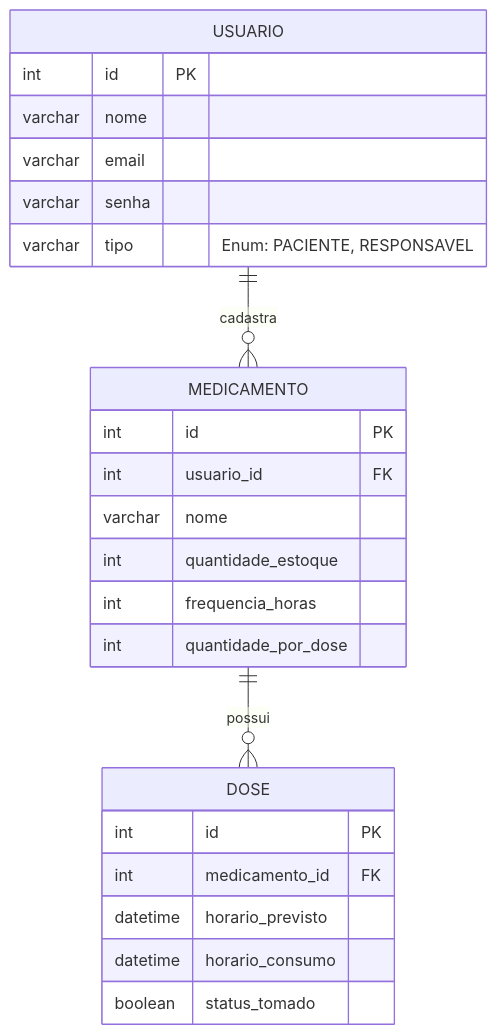
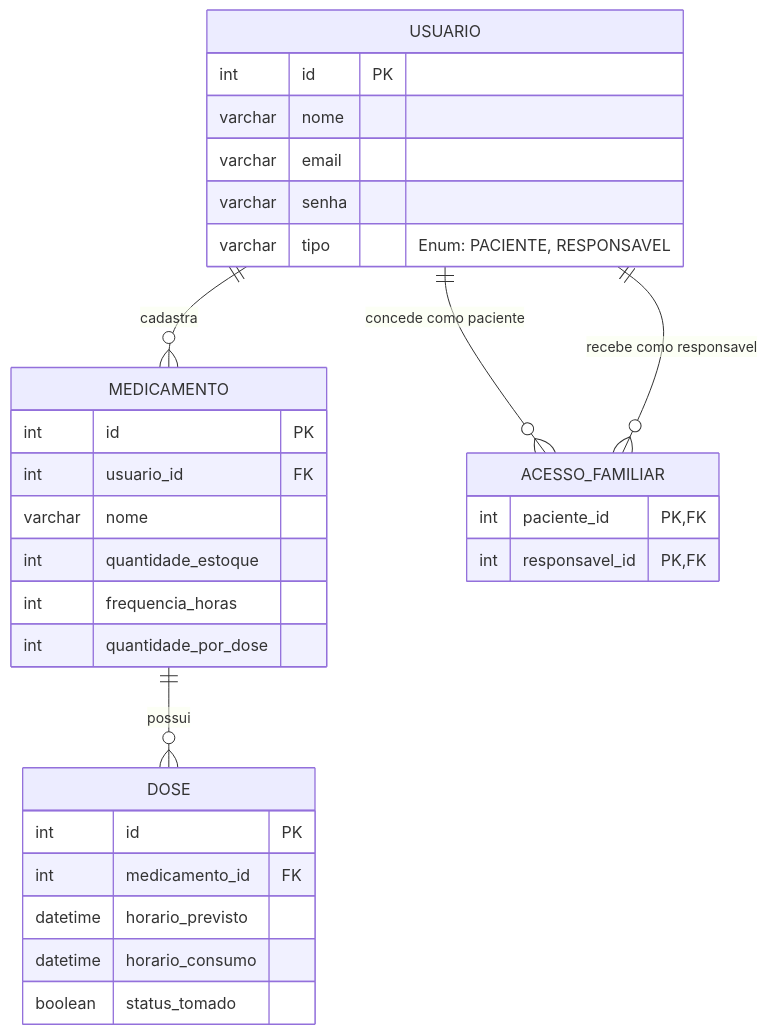
The third of 3 diagrams in README.md (Fximis/aep-gestao-medicamentos), drawn with Mermaid before and after one commit. The commit also changed other lines of this file and 34 other files, not shown here.

````diff
--- a/README.md
+++ b/README.md
@@ -150,30 +148,37 @@
 ```mermaid
 erDiagram
     USUARIO {
         int id PK
         varchar nome
         varchar email
         varchar senha
         varchar tipo "Enum: PACIENTE, RESPONSAVEL"
     }
     
     MEDICAMENTO {
         int id PK
         int usuario_id FK
         varchar nome
         int quantidade_estoque
         int frequencia_horas
         int quantidade_por_dose
     }
     
     DOSE {
         int id PK
         int medicamento_id FK
         datetime horario_previsto
         datetime horario_consumo
         boolean status_tomado
     }
 
+    ACESSO_FAMILIAR {
+        int paciente_id PK, FK
+        int responsavel_id PK, FK
+    }
+
     USUARIO ||--o{ MEDICAMENTO : "cadastra"
     MEDICAMENTO ||--o{ DOSE : "possui"
+    USUARIO ||--o{ ACESSO_FAMILIAR : "concede como paciente"
+    USUARIO ||--o{ ACESSO_FAMILIAR : "recebe como responsavel"
 ```
````
